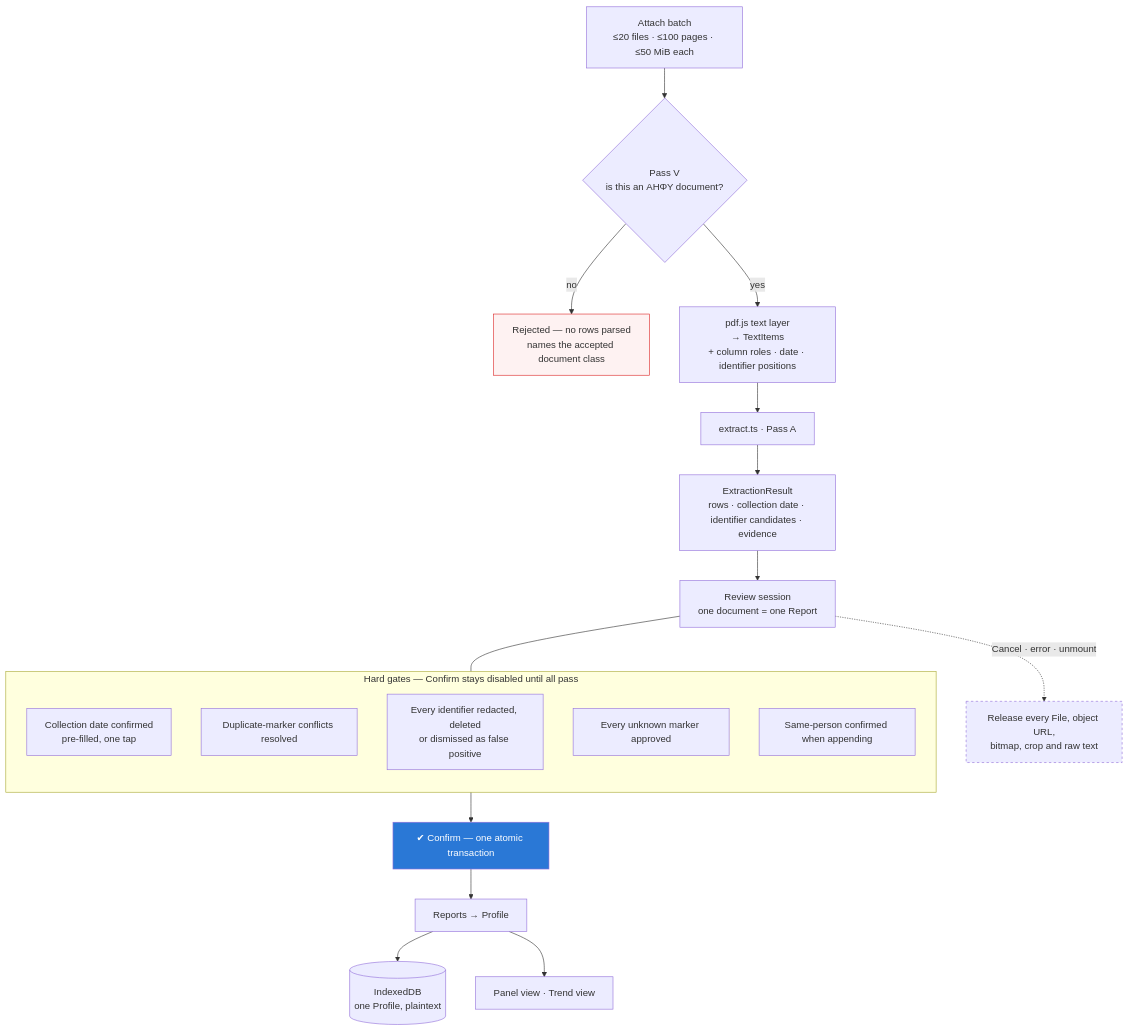
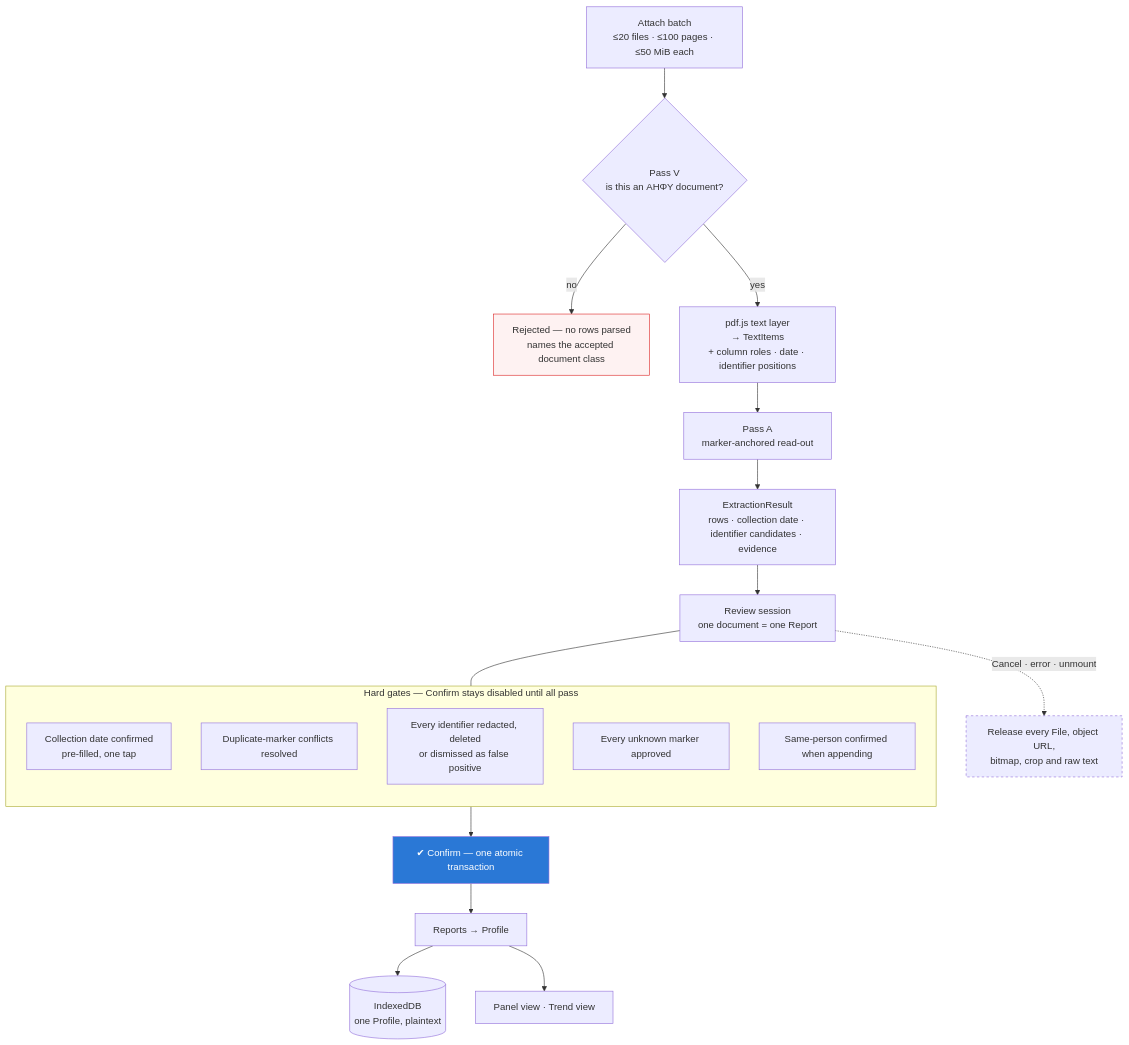
One commit to vdassios/Medigraph changed the second of 2 diagrams in README.md. Above: the diagram before and after it, drawn with Mermaid. The commit also changed other lines of this file and 7 other files, not shown here.

````diff
--- a/README.md
+++ b/README.md
@@ -118,29 +71,29 @@
 ```mermaid
 flowchart TD
   A["Attach batch<br/>≤20 files · ≤100 pages · ≤50 MiB each"] --> B{"Pass V<br/>is this an ΑΗΦΥ document?"}
   B -->|"no"| RJ["Rejected — no rows parsed<br/>names the accepted document class"]
   B -->|"yes"| E0["pdf.js text layer<br/>→ TextItems<br/>+ column roles · date · identifier positions"]
-  E0 --> P["extract.ts · Pass A"]
+  E0 --> P["Pass A<br/>marker-anchored read-out"]
   P --> R["ExtractionResult<br/>rows · collection date · identifier candidates · evidence"]
   R --> RV["Review session<br/>one document = one Report"]
 
   subgraph gates["Hard gates — Confirm stays disabled until all pass"]
     direction TB
     G1["Collection date confirmed<br/>pre-filled, one tap"]
     G3["Duplicate-marker conflicts resolved"]
     G4["Every identifier redacted, deleted<br/>or dismissed as false positive"]
     G6["Every unknown marker approved"]
     G5["Same-person confirmed when appending"]
   end
 
   RV --- gates
   gates --> C["✔ Confirm — one atomic transaction"]
   C --> PR["Reports → Profile"]
   PR --> DB[("IndexedDB<br/>one Profile, plaintext")]
   PR --> V["Panel view · Trend view"]
   RV -.->|"Cancel · error · unmount"| X["Release every File, object URL,<br/>bitmap, crop and raw text"]
 
   style C fill:#2a78d6,color:#fff
   style RJ fill:#fef2f2,stroke:#dc2626
   style X stroke-dasharray: 4 4
 ```
````
